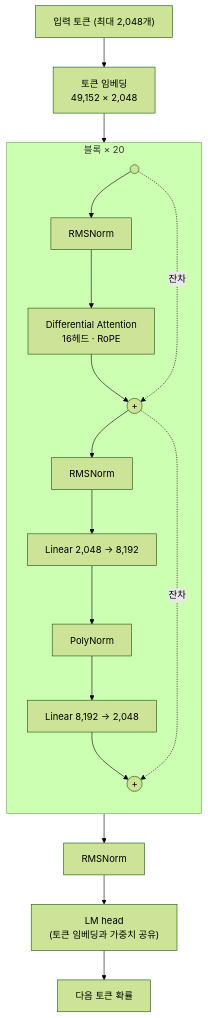
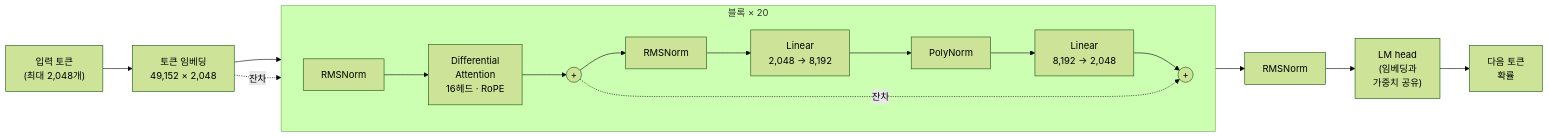
Before and after one commit to theprismdata/Perdix: the first of 2 diagrams in README.md, drawn with Mermaid (forest theme).

Commit message:
README 구조 그림을 가로 배치로 변경

````diff
--- a/README.md
+++ b/README.md
@@ -22,23 +22,22 @@
 ```mermaid
-flowchart TB
-    IN["입력 토큰 (최대 2,048개)"] --> EMB["토큰 임베딩<br/>49,152 × 2,048"]
-    EMB --> X0(( ))
+flowchart LR
+    IN["입력 토큰<br/>(최대 2,048개)"] --> EMB["토큰 임베딩<br/>49,152 × 2,048"]
+    EMB --> N1
 
     subgraph BLOCK["블록 × 20"]
-        direction TB
-        X0 --> N1["RMSNorm"]
-        N1 --> ATT["Differential Attention<br/>16헤드 · RoPE"]
+        direction LR
+        N1["RMSNorm"] --> ATT["Differential<br/>Attention<br/>16헤드 · RoPE"]
         ATT --> ADD1(("+"))
-        X0 -. 잔차 .-> ADD1
         ADD1 --> N2["RMSNorm"]
-        N2 --> UP["Linear 2,048 → 8,192"]
+        N2 --> UP["Linear<br/>2,048 → 8,192"]
         UP --> PN["PolyNorm"]
-        PN --> DOWN["Linear 8,192 → 2,048"]
+        PN --> DOWN["Linear<br/>8,192 → 2,048"]
         DOWN --> ADD2(("+"))
-        ADD1 -. 잔차 .-> ADD2
     end
 
+    EMB -. 잔차 .-> ADD1
+    ADD1 -. 잔차 .-> ADD2
     ADD2 --> NF["RMSNorm"]
-    NF --> HEAD["LM head<br/>(토큰 임베딩과 가중치 공유)"]
-    HEAD --> OUT["다음 토큰 확률"]
+    NF --> HEAD["LM head<br/>(임베딩과<br/>가중치 공유)"]
+    HEAD --> OUT["다음 토큰<br/>확률"]
 ```
````
